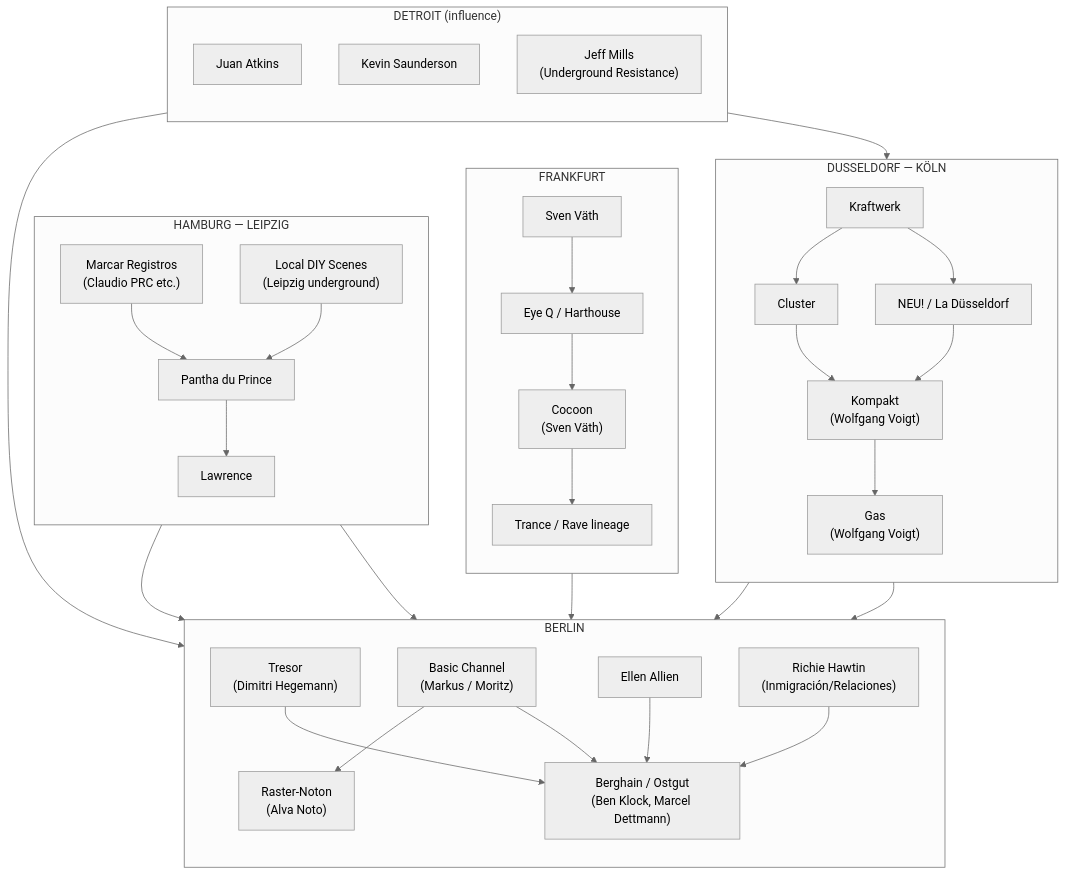
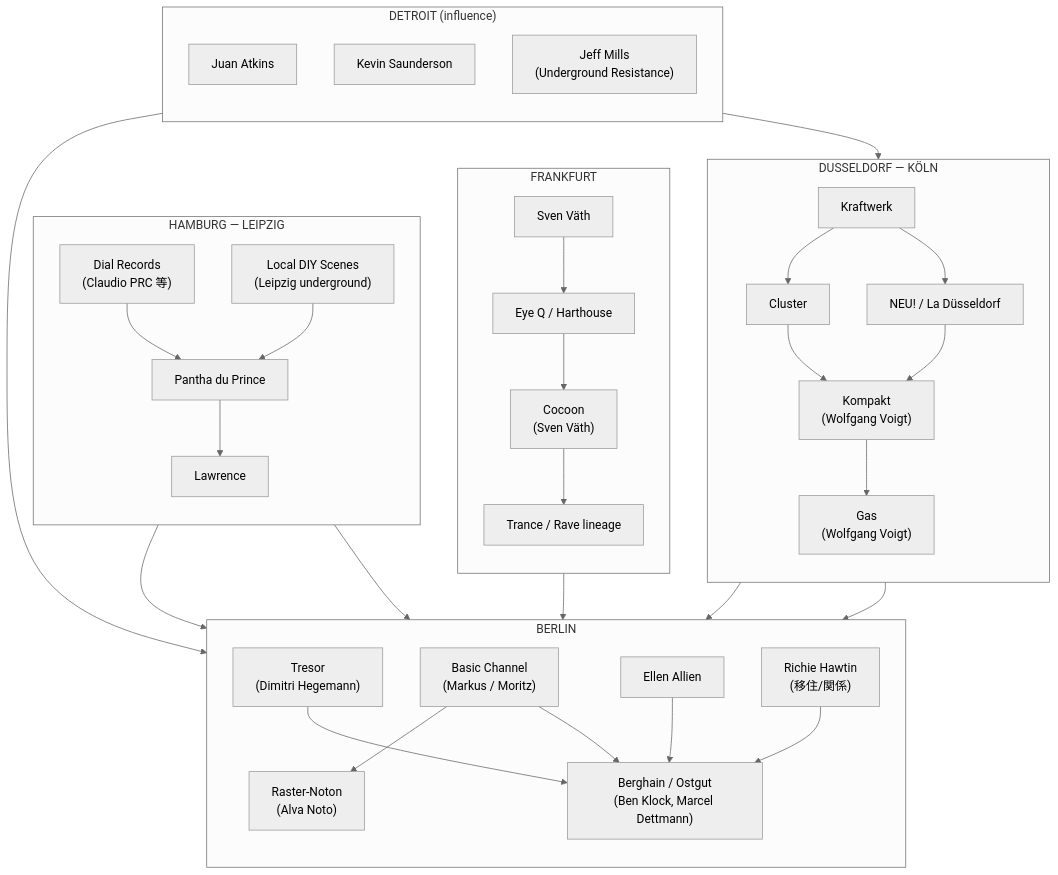
Before and after one commit to monumental-movement/monumental-movement.github.io: the second of 2 diagrams in es/_posts/2025-10-17-column-german-techno-areas.md, drawn with Mermaid (neutral theme). The commit also changed other lines of this file and 299 other files, not shown here.

```diff
--- a/es/_posts/2025-10-17-column-german-techno-areas.md
+++ b/es/_posts/2025-10-17-column-german-techno-areas.md
@@ -248,7 +248,7 @@
 <div class="mermaid">
 
 flowchart TD
-  %% --- Subgrafo: Berlín ---
+  %% --- サブグラフ：ベルリン ---
   subgraph BERLIN["BERLIN"]
     direction TB
     B1["Tresor<br/>(Dimitri Hegemann)"]
@@ -256,10 +256,10 @@
     B3["Raster-Noton<br/>(Alva Noto)"]
     B4["Berghain / Ostgut<br/>(Ben Klock, Marcel Dettmann)"]
     B5["Ellen Allien"]
-    B6["Richie Hawtin<br/>(Inmigración/Relaciones)"]
+    B6["Richie Hawtin<br/>(移住/関係)"]
   end
 
-  %% --- Subgrafo: Düsseldorf-Colonia ---
+  %% --- サブグラフ：デュッセルドルフ〜ケルン ---
   subgraph RHINE["DUSSELDORF — KÖLN"]
     direction TB
     C1["Kraftwerk"]
@@ -269,7 +269,7 @@
     C5["Gas<br/>(Wolfgang Voigt)"]
   end
 
-  %% --- Subgrafo: Frankfurt ---
+  %% --- サブグラフ：フランクフルト ---
   subgraph FRANKFURT["FRANKFURT"]
     direction TB
     F1["Sven Väth"]
@@ -278,16 +278,16 @@
     F4["Trance / Rave lineage"]
   end
 
-  %% --- Subgrafo: Hamburgo-Leipzig ---
+  %% --- サブグラフ：ハンブルク〜ライプツィヒ ---
   subgraph NORTH["HAMBURG — LEIPZIG"]
     direction TB
-    H1["Marcar Registros<br/>(Claudio PRC etc.)"]
+    H1["Dial Records<br/>(Claudio PRC 等)"]
     H2["Pantha du Prince"]
     H3["Local DIY Scenes<br/>(Leipzig underground)"]
     H4["Lawrence"]
   end
 
-  %% --- Influencias externas (Detroit) ---
+  %% --- 外的影響（デトロイト） ---
   subgraph DETROIT["DETROIT (influence)"]
     direction TB
     D1["Juan Atkins"]
@@ -295,32 +295,32 @@
     D3["Jeff Mills<br/>(Underground Resistance)"]
   end
 
-  %% --- Flecha (Influencia/Genealogía) ---
-  %% Berlín interno
+  %% --- 矢印（影響 / 系譜） ---
+  %% Berlin internal
   B1 --> B4
   B2 --> B3
   B2 --> B4
   B5 --> B4
   B6 --> B4
 
-  %% Rin interno
+  %% Rhine internal
   C1 --> C2
   C1 --> C3
   C3 --> C4
   C4 --> C5
   C2 --> C4
 
-  %% interior de frankfurt
+  %% Frankfurt internal
   F1 --> F2
   F2 --> F3
   F3 --> F4
 
-  %% Norte interno
+  %% North internal
   H1 --> H2
   H2 --> H4
   H3 --> H2
 
-  %% Influencias entre ciudades
+  %% Cross-city influences
   C1 --> B2
   D3 --> B1
   D1 --> C1
```
